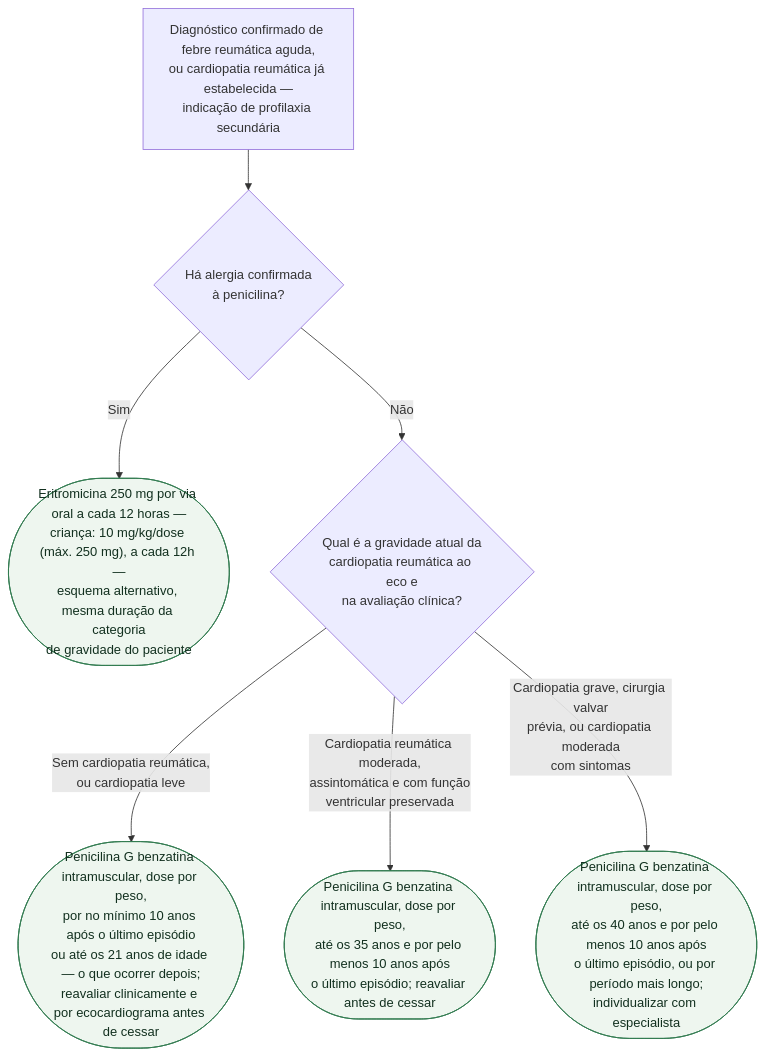
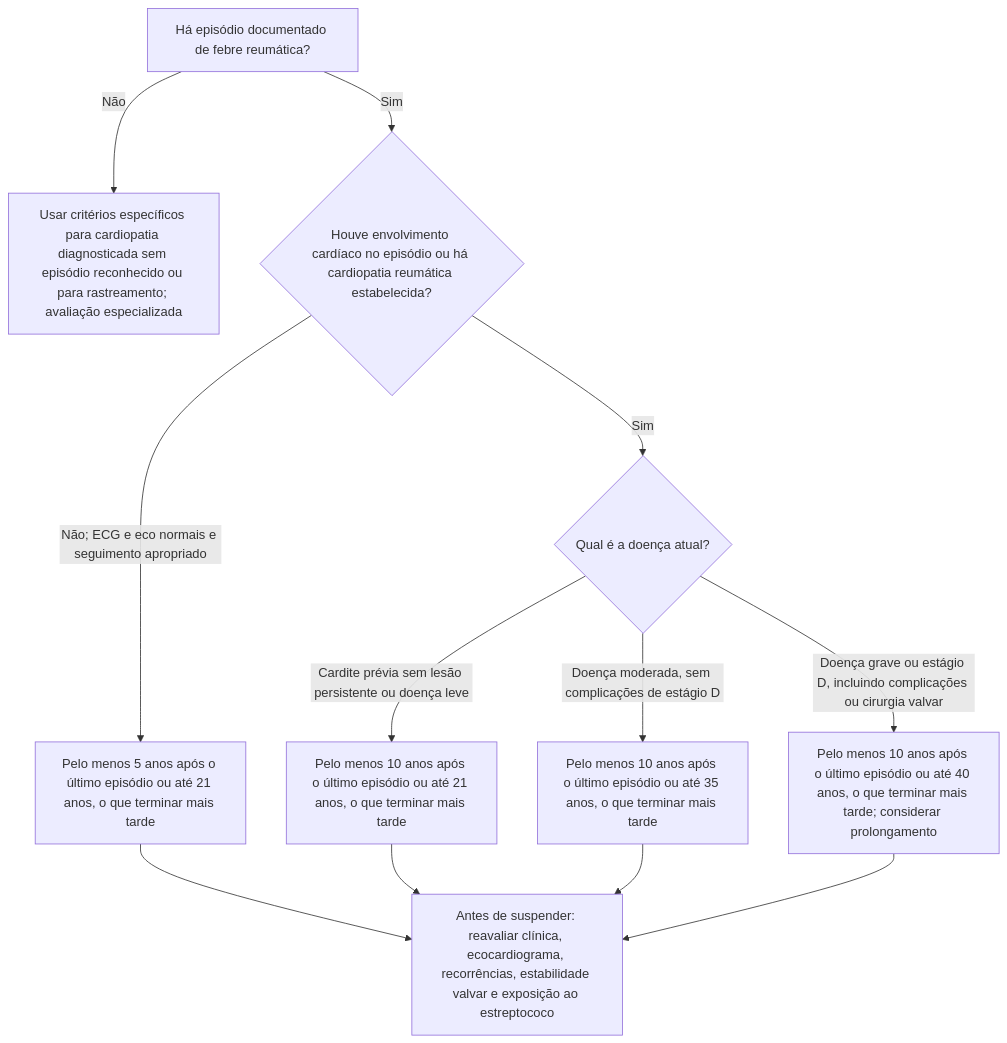
Before and after one commit to rafaelpaesmeirelles/MeuCardio: the second of 2 diagrams in content/Febre_reumática/fluxograma-profilaxia-secundaria-febre-reumatica-duracao-e-esquema.md, drawn with Mermaid. The commit also changed other lines of this file and 1235 other files, not shown here.

````diff
--- a/content/Febre_reumática/fluxograma-profilaxia-secundaria-febre-reumatica-duracao-e-esquema.md
+++ b/content/Febre_reumática/fluxograma-profilaxia-secundaria-febre-reumatica-duracao-e-esquema.md
@@ -25,17 +59,14 @@
 ```mermaid
 flowchart TD
-  R0["Diagnóstico confirmado de febre reumática aguda,<br/>ou cardiopatia reumática já estabelecida —<br/>indicação de profilaxia secundária"] --> D1{"Há alergia confirmada<br/>à penicilina?"}
-
-  D1 -->|"Sim"| C1(["Eritromicina 250 mg por via oral a cada 12 horas —<br/>criança: 10 mg/kg/dose (máx. 250 mg), a cada 12h —<br/>esquema alternativo, mesma duração da categoria<br/>de gravidade do paciente"])
-
-  D1 -->|"Não"| D2{"Qual é a gravidade atual da<br/>cardiopatia reumática ao eco e<br/>na avaliação clínica?"}
-
-  D2 -->|"Sem cardiopatia reumática,<br/>ou cardiopatia leve"| C2(["Penicilina G benzatina intramuscular, dose por peso,<br/>por no mínimo 10 anos após o último episódio<br/>ou até os 21 anos de idade — o que ocorrer depois;<br/>reavaliar clinicamente e por ecocardiograma antes de cessar"])
-
-  D2 -->|"Cardiopatia reumática moderada,<br/>assintomática e com função<br/>ventricular preservada"| C3(["Penicilina G benzatina intramuscular, dose por peso,<br/>até os 35 anos e por pelo menos 10 anos após<br/>o último episódio; reavaliar antes de cessar"])
-
-  D2 -->|"Cardiopatia grave, cirurgia valvar<br/>prévia, ou cardiopatia moderada<br/>com sintomas"| C4(["Penicilina G benzatina intramuscular, dose por peso,<br/>até os 40 anos e por pelo menos 10 anos após<br/>o último episódio, ou por período mais longo;<br/>individualizar com especialista"])
-
-  classDef conduta fill:#eef6ef,stroke:#2f7a4f,color:#12301f;
-  class C1,C2,C3,C4 conduta;
+  R0["Há episódio documentado de febre reumática?"] -->|"Não"| A0["Usar critérios específicos para cardiopatia diagnosticada sem episódio reconhecido ou para rastreamento; avaliação especializada"]
+  R0 -->|"Sim"| D1{"Houve envolvimento cardíaco no episódio ou há cardiopatia reumática estabelecida?"}
+  D1 -->|"Não; ECG e eco normais e seguimento apropriado"| A1["Pelo menos 5 anos após o último episódio ou até 21 anos, o que terminar mais tarde"]
+  D1 -->|"Sim"| D2{"Qual é a doença atual?"}
+  D2 -->|"Cardite prévia sem lesão persistente ou doença leve"| A2["Pelo menos 10 anos após o último episódio ou até 21 anos, o que terminar mais tarde"]
+  D2 -->|"Doença moderada, sem complicações de estágio D"| A3["Pelo menos 10 anos após o último episódio ou até 35 anos, o que terminar mais tarde"]
+  D2 -->|"Doença grave ou estágio D, incluindo complicações ou cirurgia valvar"| A4["Pelo menos 10 anos após o último episódio ou até 40 anos, o que terminar mais tarde; considerar prolongamento"]
+  A1 --> R1["Antes de suspender: reavaliar clínica, ecocardiograma, recorrências, estabilidade valvar e exposição ao estreptococo"]
+  A2 --> R1
+  A3 --> R1
+  A4 --> R1
 ```
````
